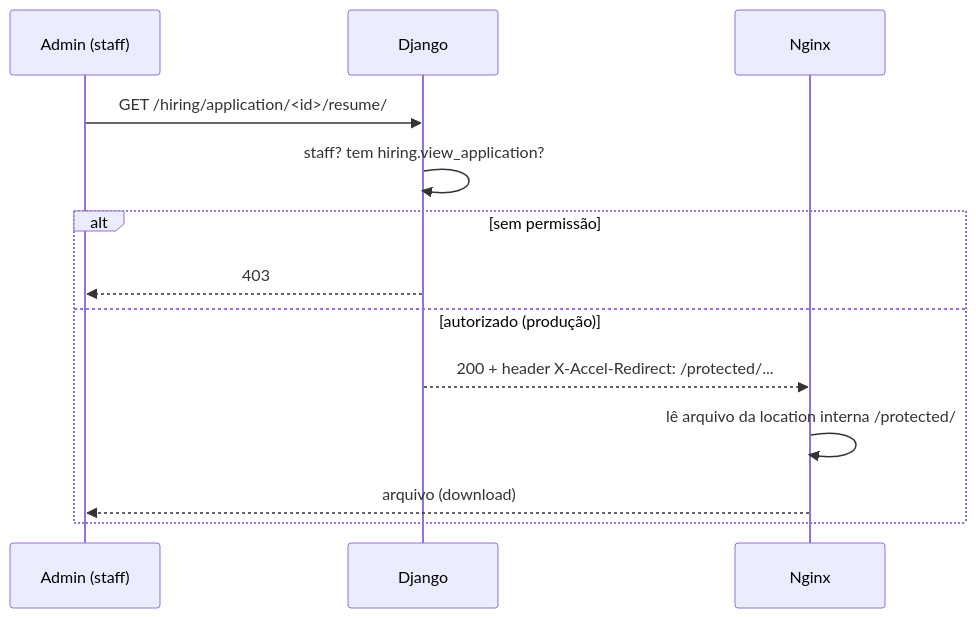
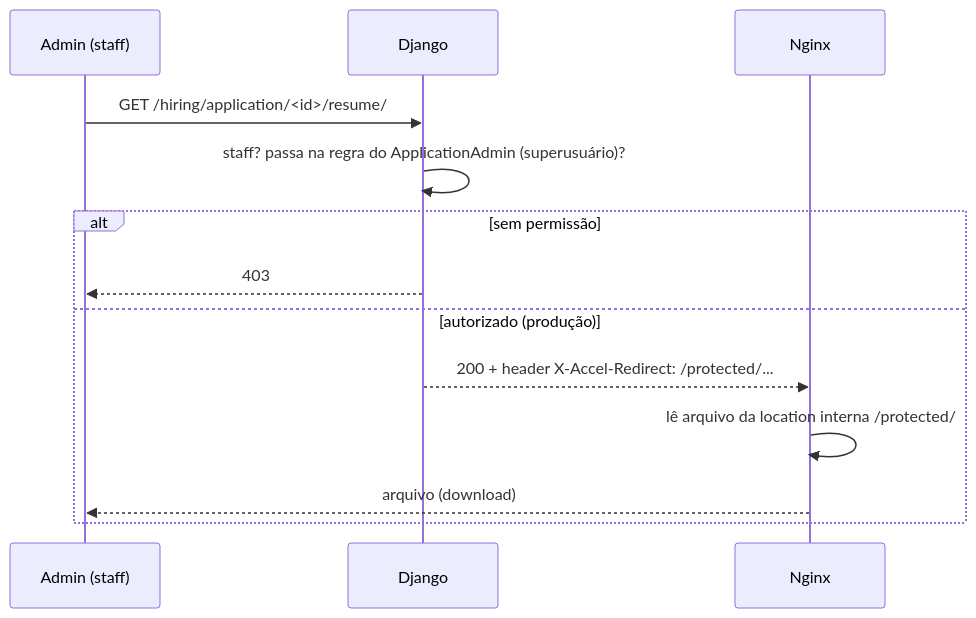
One commit to Sitr3n01/news_portal changed the third of 3 diagrams in docs/technical/APP_HIRING.md. Above: the diagram before and after it, drawn with Mermaid. The commit also changed other lines of this file and 9 other files, not shown here.

````diff
--- a/docs/technical/APP_HIRING.md
+++ b/docs/technical/APP_HIRING.md
@@ -162,15 +166,15 @@
 ```mermaid
 sequenceDiagram
     participant Staff as Admin (staff)
     participant Django
     participant Nginx
     Staff->>Django: GET /hiring/application/<id>/resume/
-    Django->>Django: staff? tem hiring.view_application?
+    Django->>Django: staff? passa na regra do ApplicationAdmin (superusuário)?
     alt sem permissão
         Django-->>Staff: 403
     else autorizado (produção)
         Django-->>Nginx: 200 + header X-Accel-Redirect: /protected/...
         Nginx->>Nginx: lê arquivo da location interna /protected/
         Nginx-->>Staff: arquivo (download)
     end
 ```
````
